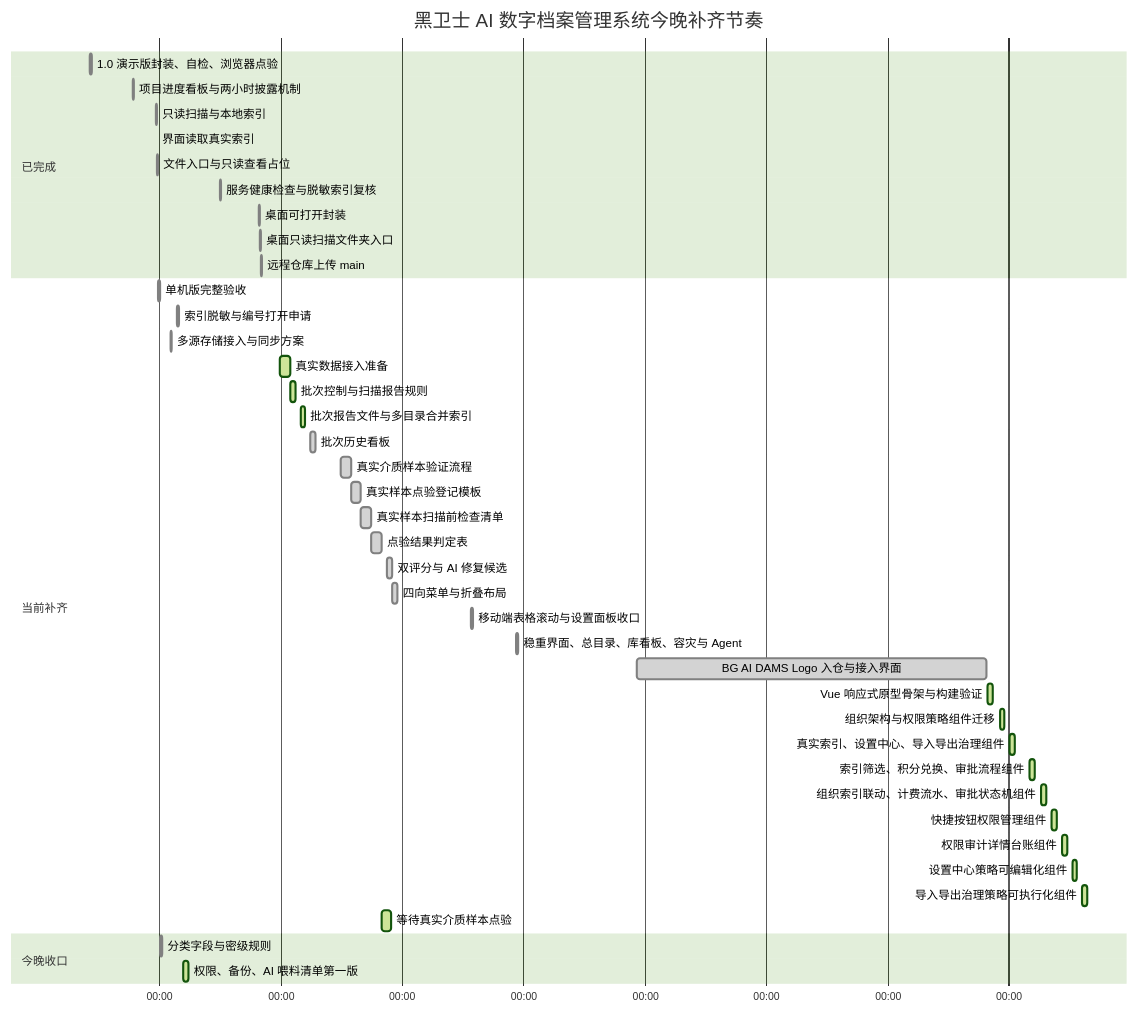
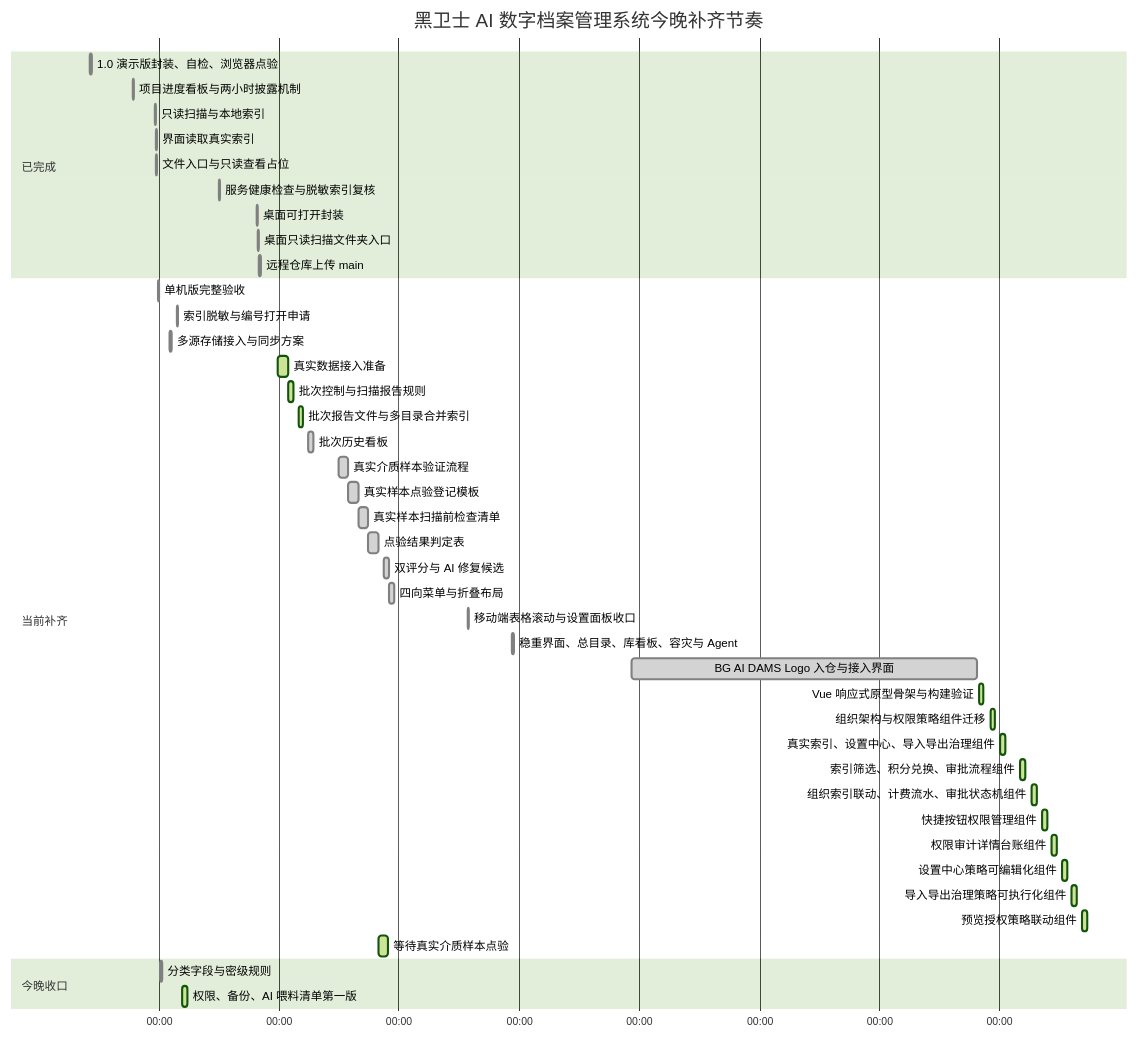
Before and after one commit to okalexhohongkong/Alex-Code-Repository: the diagram in 项目进度看板.md, drawn with Mermaid (forest theme). The commit also changed other lines of this file and 11 other files, not shown here.

````diff
--- a/项目进度看板.md
+++ b/项目进度看板.md
@@ -27,49 +28,50 @@
 ```mermaid
 gantt
   title 黑卫士 AI 数字档案管理系统今晚补齐节奏
   dateFormat  YYYY-MM-DD HH:mm
   axisFormat  %H:%M
 
   section 已完成
   1.0 演示版封装、自检、浏览器点验        :done, demo-1, 2026-06-21 20:30, 1h
   项目进度看板与两小时披露机制             :done, demo-2, 2026-06-22 13:30, 25m
   只读扫描与本地索引                      :done, local-2, 2026-06-22 22:30, 25m
   界面读取真实索引                        :done, local-3, 2026-06-22 22:55, 20m
   文件入口与只读查看占位                   :done, local-4, 2026-06-22 23:05, 25m
   服务健康检查与脱敏索引复核                :done, local-health, 2026-06-24 00:10, 20m
   桌面可打开封装                           :done, desktop-1, 2026-06-24 15:10, 35m
   桌面只读扫描文件夹入口                    :done, desktop-2, 2026-06-24 15:43, 20m
   远程仓库上传 main                         :done, remote-1, 2026-06-24 16:00, 45m
 
   section 当前补齐
   单机版完整验收                          :done, local-5, 2026-06-22 23:35, 35m
   索引脱敏与编号打开申请                   :done, local-6, 2026-06-23 07:10, 35m
   多源存储接入与同步方案                   :done, storage-1, 2026-06-23 04:30, 35m
   真实数据接入准备                         :active, intake-1, 2026-06-24 23:42, 4h
   批次控制与扫描报告规则                   :active, intake-2, 2026-06-25 03:44, 2h
   批次报告文件与多目录合并索引              :active, intake-3, 2026-06-25 07:47, 2h
   批次历史看板                            :done, intake-4, 2026-06-25 11:50, 2h
   真实介质样本验证流程                    :done, intake-5, 2026-06-25 23:45, 4h
   真实样本点验登记模板                    :done, intake-6, 2026-06-26 03:46, 4h
   真实样本扫描前检查清单                  :done, intake-7, 2026-06-26 07:46, 4h
   点验结果判定表                          :done, intake-8, 2026-06-26 11:46, 4h
   双评分与 AI 修复候选                    :done, ui-score-1, 2026-06-26 18:00, 2h
   四向菜单与折叠布局                      :done, ui-menu-1, 2026-06-26 20:00, 2h
   移动端表格滚动与设置面板收口              :done, ui-mobile-1, 2026-06-28 03:20, 35m
   稳重界面、总目录、库看板、容灾与 Agent     :done, ui-search-1, 2026-06-28 21:00, 1h
   BG AI DAMS Logo 入仓与接入界面              :done, brand-1, 2026-06-30 21:00, 2026-07-06 15:10
   Vue 响应式原型骨架与构建验证                  :active, vue-1, 2026-07-06 15:40, 2h
   组织架构与权限策略组件迁移                    :active, vue-2, 2026-07-06 20:20, 2h
   真实索引、设置中心、导入导出治理组件             :active, vue-3, 2026-07-07 00:20, 2h
   索引筛选、积分兑换、审批流程组件                 :active, vue-4, 2026-07-07 08:10, 2h
   组织索引联动、计费流水、审批状态机组件             :active, vue-5, 2026-07-07 12:50, 2h
   快捷按钮权限管理组件                            :active, vue-6, 2026-07-07 16:55, 2h
   权限审计详情台账组件                            :active, vue-7, 2026-07-07 20:55, 2h
   设置中心策略可编辑化组件                          :active, vue-8, 2026-07-08 00:56, 2h
   导入导出治理策略可执行化组件                       :active, vue-9, 2026-07-08 04:56, 2h
+  预览授权策略联动组件                              :active, vue-10, 2026-07-08 09:03, 2h
   等待真实介质样本点验                    :active, intake-9, 2026-06-26 15:46, 4h
 
   section 今晚收口
   分类字段与密级规则                       :done, class-1, 2026-06-23 00:30, 45m
   权限、备份、AI 喂料清单第一版             :active, class-2, 2026-06-23 09:30, 2h
 ```
````
